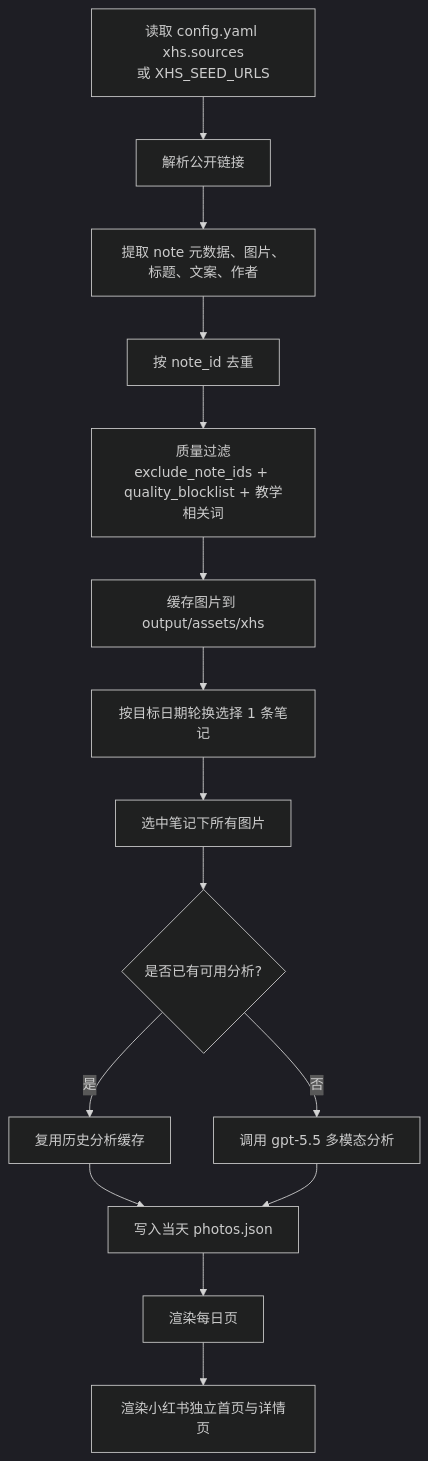
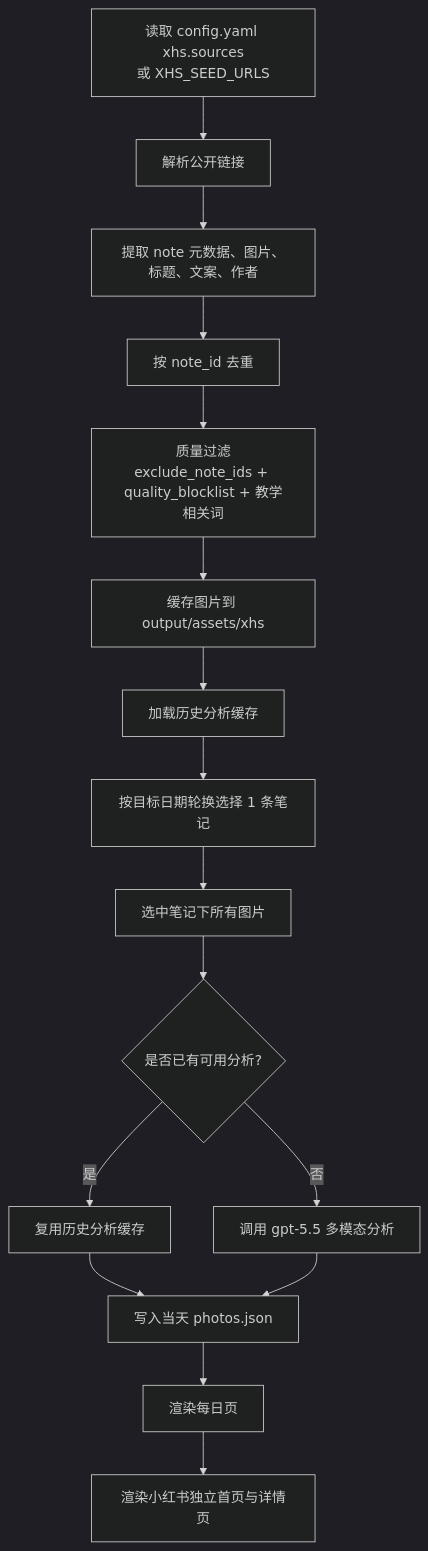
The fourth of 9 diagrams in docs/PRD.md (krisaruz/daily-photo-coach), drawn with Mermaid (dark theme) before and after one commit. The commit also changed other lines of this file and 2 other files, not shown here.

First line of the commit message:
fix(global): fallback empty LLM_MODEL to azure/gpt-5.5 to prevent 403 error on CI

````diff
--- a/docs/PRD.md
+++ b/docs/PRD.md
@@ -225,17 +302,18 @@
 ```mermaid
 flowchart TD
     A[读取 config.yaml xhs.sources<br/>或 XHS_SEED_URLS] --> B[解析公开链接]
     B --> C[提取 note 元数据、图片、标题、文案、作者]
     C --> D[按 note_id 去重]
     D --> E[质量过滤<br/>exclude_note_ids + quality_blocklist + 教学相关词]
     E --> F[缓存图片到 output/assets/xhs]
-    F --> G[按目标日期轮换选择 1 条笔记]
-    G --> H[选中笔记下所有图片]
-    H --> I{是否已有可用分析?}
-    I -- 是 --> J[复用历史分析缓存]
-    I -- 否 --> K[调用 gpt-5.5 多模态分析]
-    J --> L[写入当天 photos.json]
-    K --> L
-    L --> M[渲染每日页]
-    M --> N[渲染小红书独立首页与详情页]
+    F --> G[加载历史分析缓存]
+    G --> H[按目标日期轮换选择 1 条笔记]
+    H --> I[选中笔记下所有图片]
+    I --> J{是否已有可用分析?}
+    J -- 是 --> K[复用历史分析缓存]
+    J -- 否 --> L[调用 gpt-5.5 多模态分析]
+    K --> M[写入当天 photos.json]
+    L --> M
+    M --> N[渲染每日页]
+    N --> O[渲染小红书独立首页与详情页]
 ```
````
